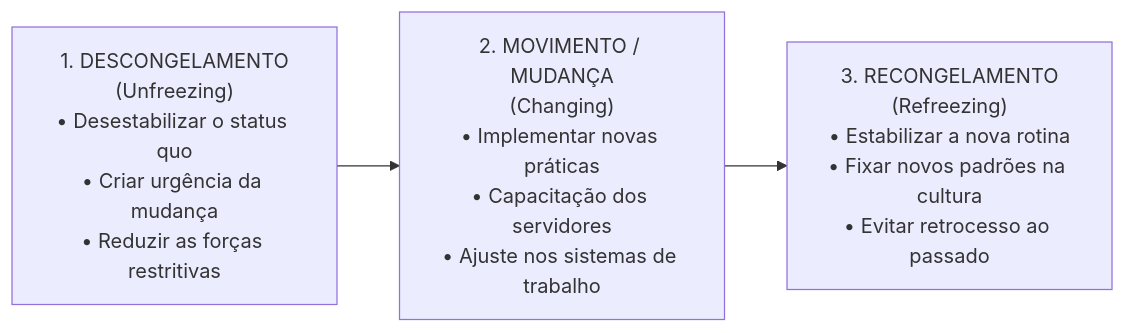
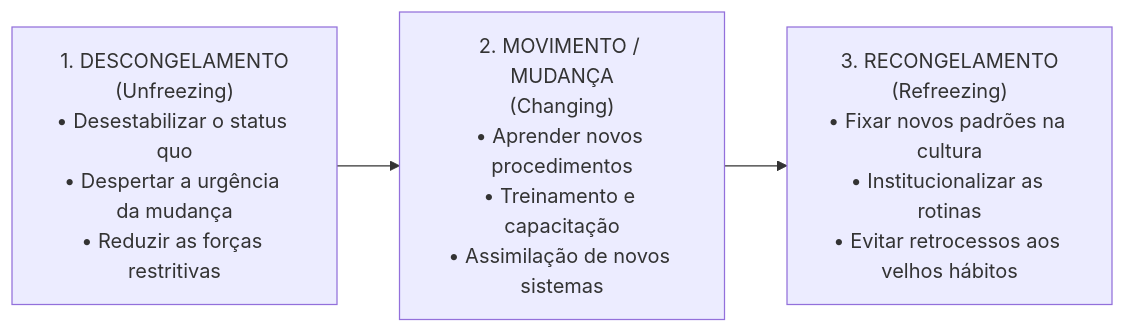
One commit to thiagosantos346/TCE-GO-2027 changed the sixth of 6 diagrams in fontes_de_estudo/conhecimentos_especificos_a01_tecnico_administrativo/24_comportamento_organizacional/03_conflito_negociacao_cultura_clima_e_desenvolvimento_organizacional.md. Above: the diagram before and after it, drawn with Mermaid. The commit also changed other lines of this file and 119 other files, not shown here.

````diff
--- a/fontes_de_estudo/conhecimentos_especificos_a01_tecnico_administrativo/24_comportamento_organizacional/03_conflito_negociacao_cultura_clima_e_desenvolvimento_organizacional.md
+++ b/fontes_de_estudo/conhecimentos_especificos_a01_tecnico_administrativo/24_comportamento_organizacional/03_conflito_negociacao_cultura_clima_e_desenvolvimento_organizacional.md
@@ -176,6 +170,6 @@
 ```mermaid
 flowchart LR
-    D["1. DESCONGELAMENTO<br/>(Unfreezing)<br/>• Desestabilizar o status quo<br/>• Criar urgência da mudança<br/>• Reduzir as forças restritivas"] 
-    --> M["2. MOVIMENTO / MUDANÇA<br/>(Changing)<br/>• Implementar novas práticas<br/>• Capacitação dos servidores<br/>• Ajuste nos sistemas de trabalho"]
-    --> R["3. RECONGELAMENTO<br/>(Refreezing)<br/>• Estabilizar a nova rotina<br/>• Fixar novos padrões na cultura<br/>• Evitar retrocesso ao passado"]
+    D["1. DESCONGELAMENTO<br/>(Unfreezing)<br/>• Desestabilizar o status quo<br/>• Despertar a urgência da mudança<br/>• Reduzir as forças restritivas"] 
+    --> M["2. MOVIMENTO / MUDANÇA<br/>(Changing)<br/>• Aprender novos procedimentos<br/>• Treinamento e capacitação<br/>• Assimilação de novos sistemas"]
+    --> R["3. RECONGELAMENTO<br/>(Refreezing)<br/>• Fixar novos padrões na cultura<br/>• Institucionalizar as rotinas<br/>• Evitar retrocessos aos velhos hábitos"]
 ```
````
